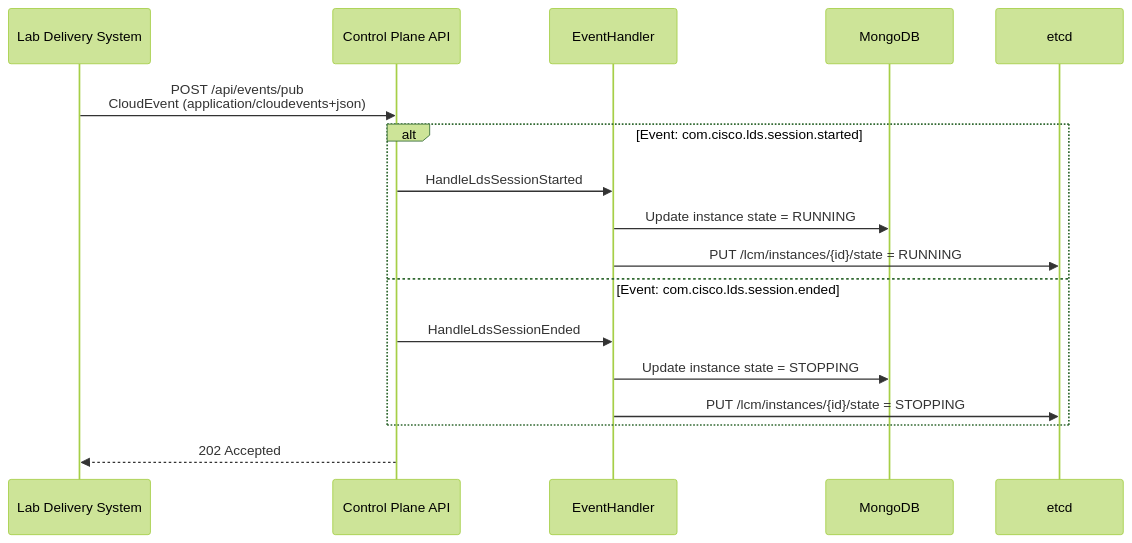
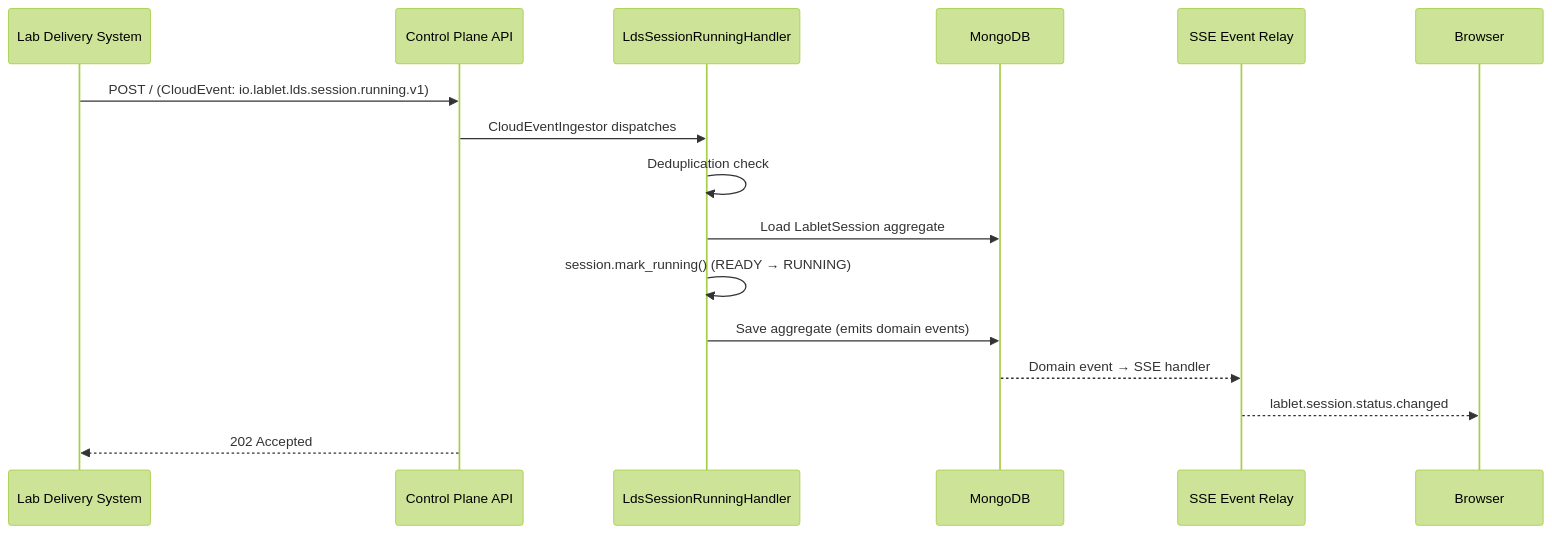
The third of 3 diagrams in docs/architecture/components/control-plane-api/index.md (bvandewe/cml-cloud-manager), drawn with Mermaid (forest theme) before and after one commit. The commit also changed other lines of this file and 25 other files, not shown here.

````diff
--- a/docs/architecture/components/control-plane-api/index.md
+++ b/docs/architecture/components/control-plane-api/index.md
@@ -374,22 +375,19 @@
 ```mermaid
 sequenceDiagram
     participant LDS as Lab Delivery System
     participant CPA as Control Plane API
-    participant Handler as EventHandler
+    participant Handler as LdsSessionRunningHandler
     participant MongoDB
-    participant etcd
+    participant SSE as SSE Event Relay
+    participant Browser
 
-    LDS->>CPA: POST /api/events/pub<br/>CloudEvent (application/cloudevents+json)
-
-    alt Event: com.cisco.lds.session.started
-        CPA->>Handler: HandleLdsSessionStarted
-        Handler->>MongoDB: Update instance state = RUNNING
-        Handler->>etcd: PUT /lcm/instances/{id}/state = RUNNING
-    else Event: com.cisco.lds.session.ended
-        CPA->>Handler: HandleLdsSessionEnded
-        Handler->>MongoDB: Update instance state = STOPPING
-        Handler->>etcd: PUT /lcm/instances/{id}/state = STOPPING
-    end
-
+    LDS->>CPA: POST / (CloudEvent: io.lablet.lds.session.running.v1)
+    CPA->>Handler: CloudEventIngestor dispatches
+    Handler->>Handler: Deduplication check
+    Handler->>MongoDB: Load LabletSession aggregate
+    Handler->>Handler: session.mark_running() (READY → RUNNING)
+    Handler->>MongoDB: Save aggregate (emits domain events)
+    MongoDB-->>SSE: Domain event → SSE handler
+    SSE-->>Browser: lablet.session.status.changed
     CPA-->>LDS: 202 Accepted
 ```
````
